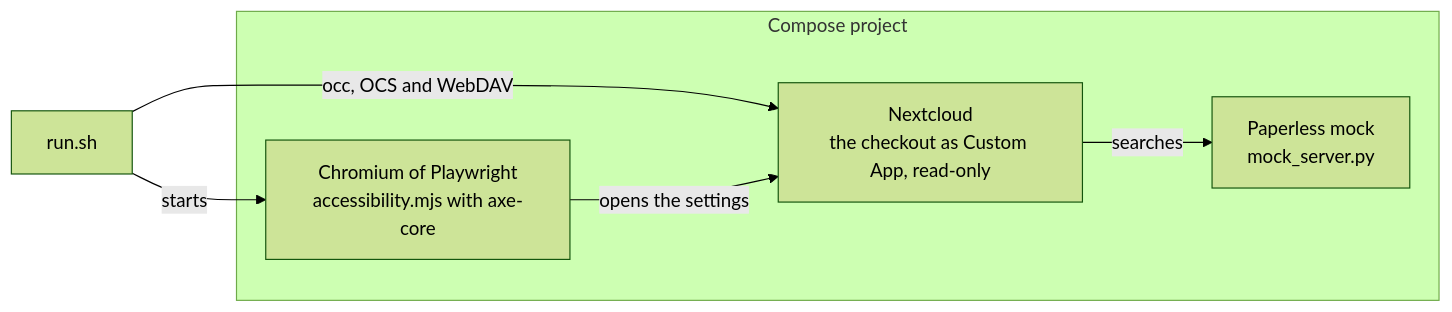
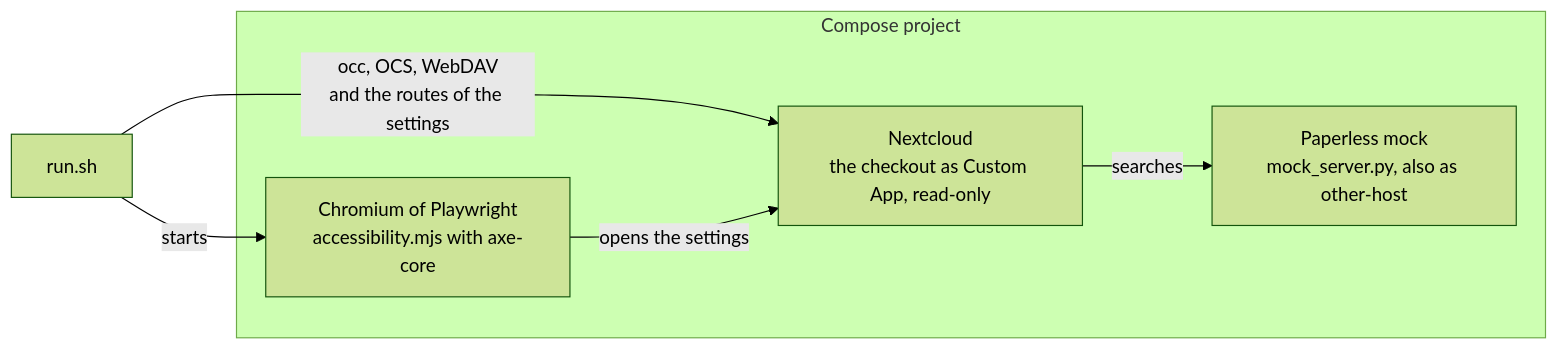
Before and after one commit to Dennis-Otto/paperless-unified-search: the diagram in tests/e2e/README.md, drawn with Mermaid (forest theme). The commit also changed other lines of this file and 27 other files, not shown here.

First line of the commit message:
fix(settings): ask for the API token again when the Paperless server changes (#103)

````diff
--- a/tests/e2e/README.md
+++ b/tests/e2e/README.md
@@ -5,13 +5,13 @@
 ```mermaid
 flowchart LR
     run["run.sh"]
     subgraph compose["Compose project"]
         nextcloud["Nextcloud<br/>the checkout as Custom App, read-only"]
-        mock["Paperless mock<br/>mock_server.py"]
+        mock["Paperless mock<br/>mock_server.py, also as other-host"]
         browser["Chromium of Playwright<br/>accessibility.mjs with axe-core"]
     end
-    run -- "occ, OCS and WebDAV" --> nextcloud
+    run -- "occ, OCS, WebDAV<br/>and the routes of the settings" --> nextcloud
     run -- "starts" --> browser
     nextcloud -- "searches" --> mock
     browser -- "opens the settings" --> nextcloud
 ```
````
